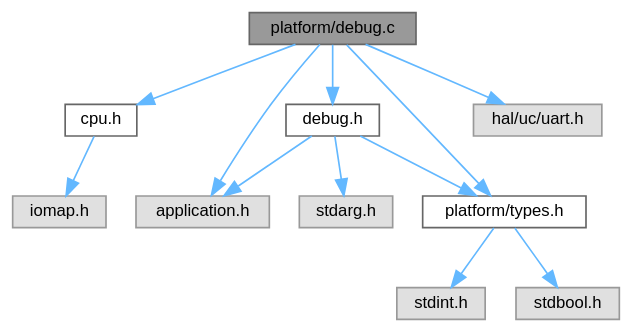
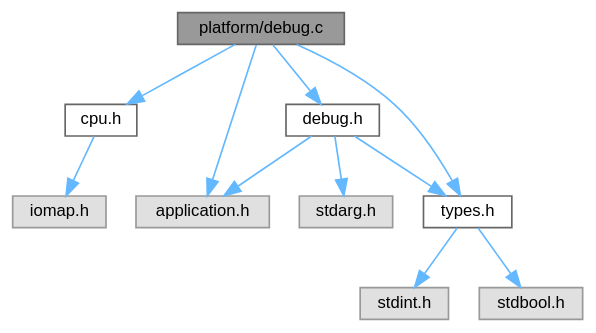
Before and after one commit to ebs-universe/piolib-platform: the diagram in debug_8c__incl.dot, drawn with Graphviz. The commit also changed 80 other files, not shown here.

```diff
--- a/debug_8c__incl.dot
+++ b/debug_8c__incl.dot
@@ -1,29 +1,27 @@
 digraph "platform/debug.c"
 {
  // INTERACTIVE_SVG=YES
  // LATEX_PDF_SIZE
   bgcolor="transparent";
   edge [fontname=Helvetica,fontsize=10,labelfontname=Helvetica,labelfontsize=10];
   node [fontname=Helvetica,fontsize=10,shape=box,height=0.2,width=0.4];
   Node1 [id="Node000001",label="platform/debug.c",height=0.2,width=0.4,color="gray40", fillcolor="grey60", style="filled", fontcolor="black",tooltip=" "];
   Node1 -> Node2 [id="edge1_Node000001_Node000002",color="steelblue1",style="solid",tooltip=" "];
   Node2 [id="Node000002",label="cpu.h",height=0.2,width=0.4,color="grey40", fillcolor="white", style="filled",URL="$cpu_8h.html",tooltip="Definitions for EBS CPU controls."];
   Node2 -> Node3 [id="edge2_Node000002_Node000003",color="steelblue1",style="solid",tooltip=" "];
   Node3 [id="Node000003",label="iomap.h",height=0.2,width=0.4,color="grey60", fillcolor="#E0E0E0", style="filled",tooltip=" "];
   Node1 -> Node4 [id="edge3_Node000001_Node000004",color="steelblue1",style="solid",tooltip=" "];
   Node4 [id="Node000004",label="debug.h",height=0.2,width=0.4,color="grey40", fillcolor="white", style="filled",URL="$debug_8h.html",tooltip=" "];
   Node4 -> Node5 [id="edge4_Node000004_Node000005",color="steelblue1",style="solid",tooltip=" "];
   Node5 [id="Node000005",label="application.h",height=0.2,width=0.4,color="grey60", fillcolor="#E0E0E0", style="filled",tooltip=" "];
   Node4 -> Node6 [id="edge5_Node000004_Node000006",color="steelblue1",style="solid",tooltip=" "];
   Node6 [id="Node000006",label="stdarg.h",height=0.2,width=0.4,color="grey60", fillcolor="#E0E0E0", style="filled",tooltip=" "];
   Node4 -> Node7 [id="edge6_Node000004_Node000007",color="steelblue1",style="solid",tooltip=" "];
-  Node7 [id="Node000007",label="platform/types.h",height=0.2,width=0.4,color="grey40", fillcolor="white", style="filled",URL="$types_8h.html",tooltip=" "];
+  Node7 [id="Node000007",label="types.h",height=0.2,width=0.4,color="grey40", fillcolor="white", style="filled",URL="$types_8h.html",tooltip=" "];
   Node7 -> Node8 [id="edge7_Node000007_Node000008",color="steelblue1",style="solid",tooltip=" "];
   Node8 [id="Node000008",label="stdint.h",height=0.2,width=0.4,color="grey60", fillcolor="#E0E0E0", style="filled",tooltip=" "];
   Node7 -> Node9 [id="edge8_Node000007_Node000009",color="steelblue1",style="solid",tooltip=" "];
   Node9 [id="Node000009",label="stdbool.h",height=0.2,width=0.4,color="grey60", fillcolor="#E0E0E0", style="filled",tooltip=" "];
   Node1 -> Node7 [id="edge9_Node000001_Node000007",color="steelblue1",style="solid",tooltip=" "];
   Node1 -> Node5 [id="edge10_Node000001_Node000005",color="steelblue1",style="solid",tooltip=" "];
-  Node1 -> Node10 [id="edge11_Node000001_Node000010",color="steelblue1",style="solid",tooltip=" "];
-  Node10 [id="Node000010",label="hal/uc/uart.h",height=0.2,width=0.4,color="grey60", fillcolor="#E0E0E0", style="filled",tooltip=" "];
 }
```
